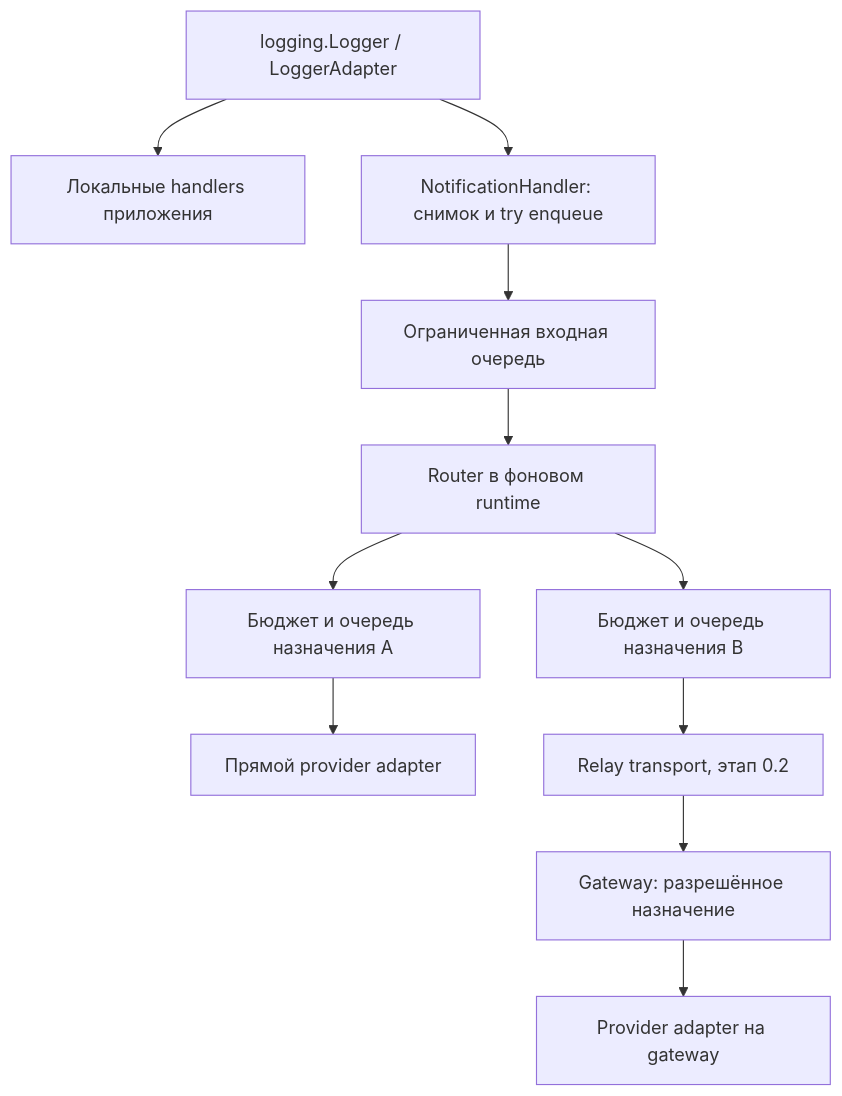
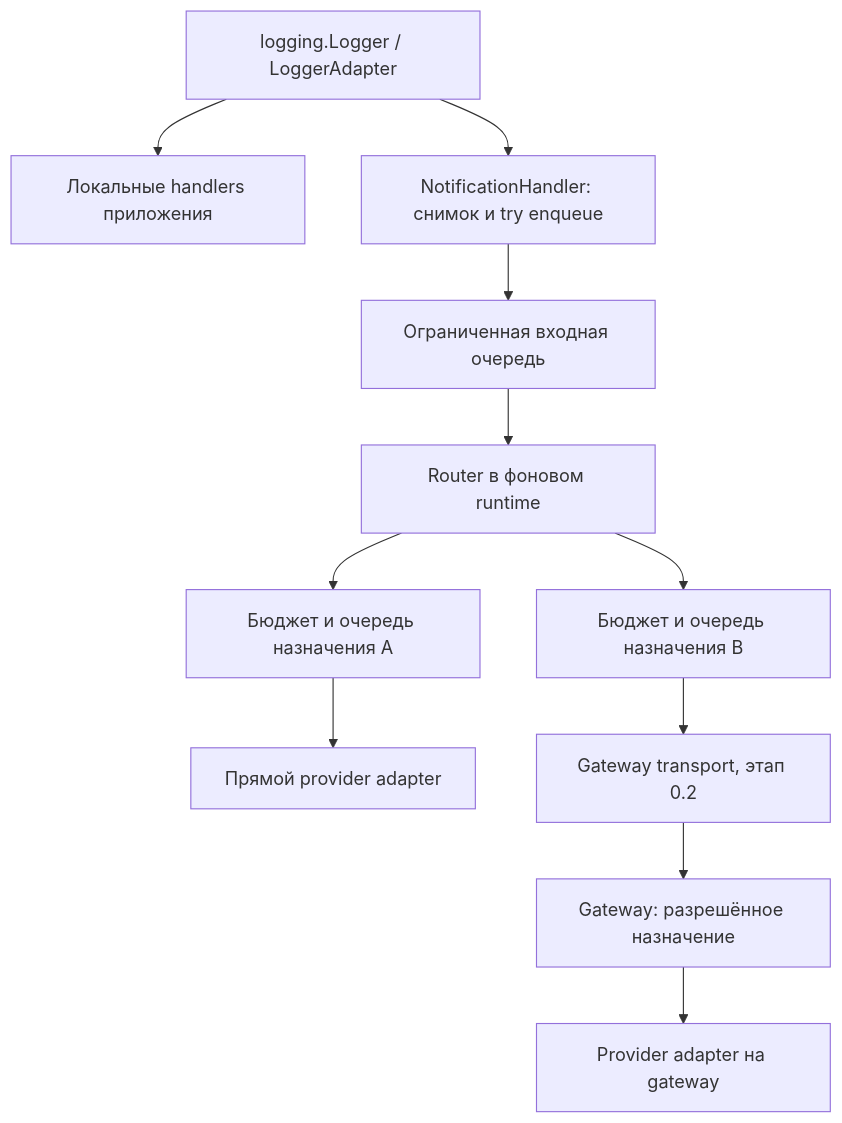
One commit to SilverBull81/remote-watch changed the diagram in ARCHITECTURE.md. Above: the diagram before and after it, drawn with Mermaid. The commit also changed other lines of this file and 67 other files, not shown here.

Commit message:
Rename relay API to notification gateway without legacy aliases

````diff
--- a/ARCHITECTURE.md
+++ b/ARCHITECTURE.md
@@ -184,13 +187,13 @@
 ```mermaid
 flowchart TD
     A[logging.Logger / LoggerAdapter] --> L[Локальные handlers приложения]
     A --> H[NotificationHandler: снимок и try enqueue]
     H --> Q[Ограниченная входная очередь]
     Q --> R[Router в фоновом runtime]
     R --> D1[Бюджет и очередь назначения A]
     R --> D2[Бюджет и очередь назначения B]
     D1 --> P[Прямой provider adapter]
-    D2 --> T[Relay transport, этап 0.2]
+    D2 --> T[Gateway transport, этап 0.2]
     T --> G[Gateway: разрешённое назначение]
     G --> P2[Provider adapter на gateway]
 ```
````
